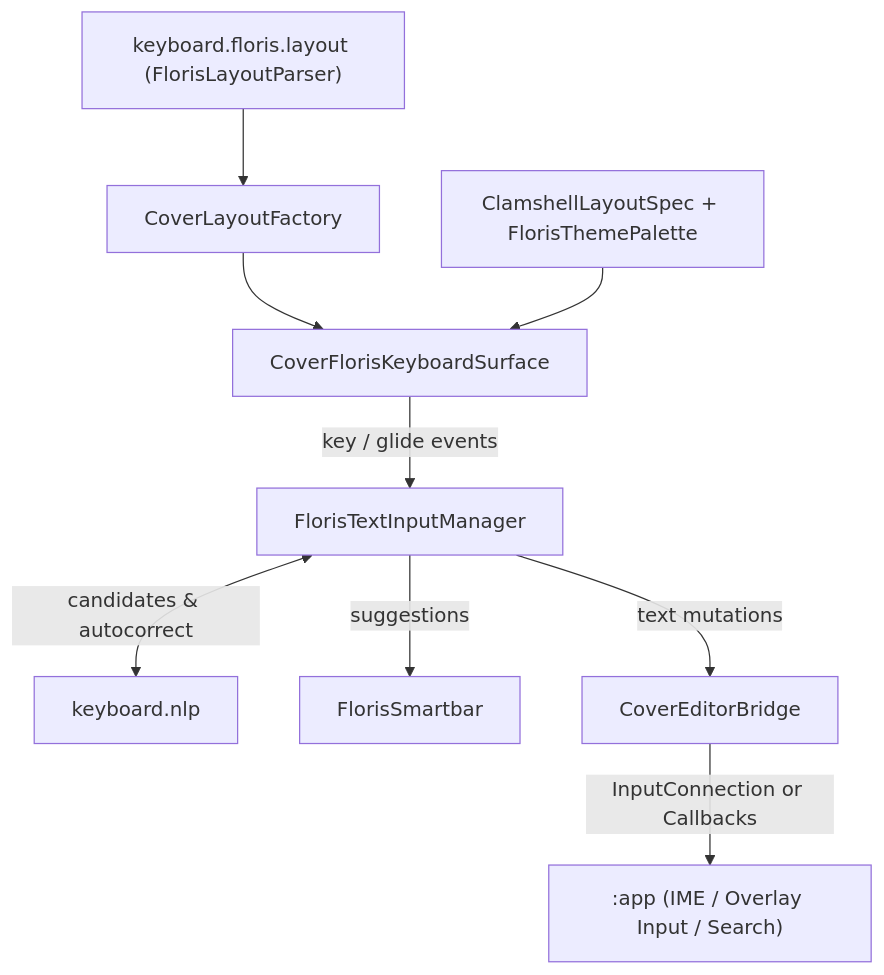
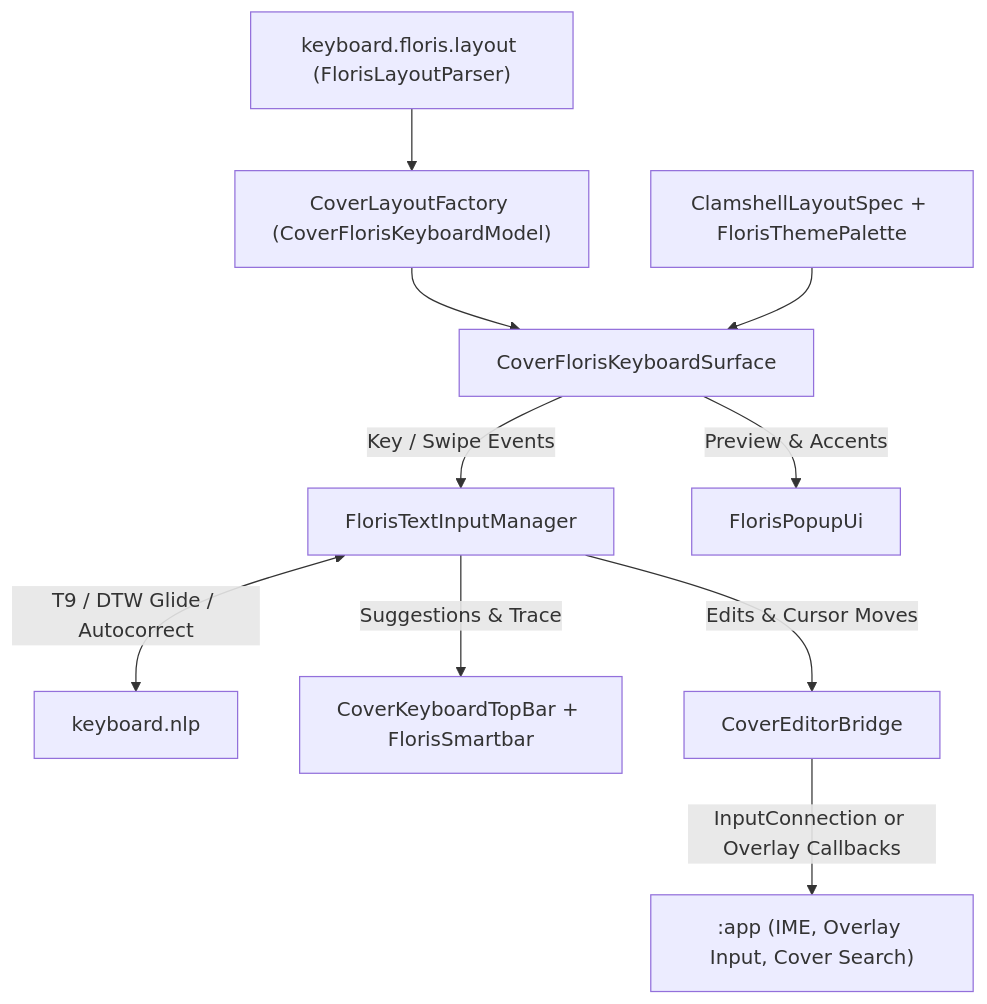
One commit to tyejaedon/Cover-Screen-OS changed the diagram in keyboard-floris/src/main/java/com/tyejaedon/coverscreenos/keyboard/floris/README.md. Above: the diagram before and after it, drawn with Mermaid. The commit also changed other lines of this file and 157 other files, not shown here.

````diff
--- a/keyboard-floris/src/main/java/com/tyejaedon/coverscreenos/keyboard/floris/README.md
+++ b/keyboard-floris/src/main/java/com/tyejaedon/coverscreenos/keyboard/floris/README.md
@@ -20,11 +124,12 @@
 ```mermaid
 flowchart TD
-    Layout["keyboard.floris.layout (FlorisLayoutParser)"] --> Factory["CoverLayoutFactory"]
+    Layout["keyboard.floris.layout (FlorisLayoutParser)"] --> Factory["CoverLayoutFactory (CoverFlorisKeyboardModel)"]
     Factory --> Surface["CoverFlorisKeyboardSurface"]
     Spec["ClamshellLayoutSpec + FlorisThemePalette"] --> Surface
-    Surface -->|"key / glide events"| InputMgr["FlorisTextInputManager"]
-    InputMgr <-->|"candidates & autocorrect"| NLP["keyboard.nlp"]
-    InputMgr -->|"suggestions"| Smartbar["FlorisSmartbar"]
-    InputMgr -->|"text mutations"| Bridge["CoverEditorBridge"]
-    Bridge -->|"InputConnection or Callbacks"| AppHosts[":app (IME / Overlay Input / Search)"]
+    Surface -->|"Key / Swipe Events"| InputMgr["FlorisTextInputManager"]
+    InputMgr <-->|"T9 / DTW Glide / Autocorrect"| NLP["keyboard.nlp"]
+    InputMgr -->|"Suggestions & Trace"| Smartbar["CoverKeyboardTopBar + FlorisSmartbar"]
+    Surface -->|"Preview & Accents"| Popups["FlorisPopupUi"]
+    InputMgr -->|"Edits & Cursor Moves"| Bridge["CoverEditorBridge"]
+    Bridge -->|"InputConnection or Overlay Callbacks"| AppHosts[":app (IME, Overlay Input, Cover Search)"]
 ```
````
